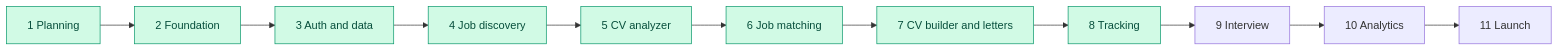
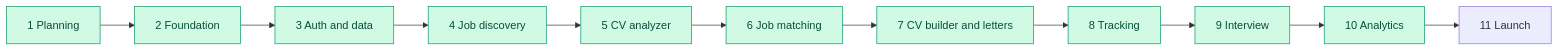
The diagram in docs/07-roadmap.md (kgiannopoulou/JOB-HOUNT-RUN-BY-CLAUDE-CODE), drawn with Mermaid before and after one commit. The commit also changed other lines of this file and 70 other files, not shown here.

First line of the commit message:
Add interview preparation, analytics and notifications

````diff
--- a/docs/07-roadmap.md
+++ b/docs/07-roadmap.md
@@ -5,7 +5,7 @@
 ```mermaid
 flowchart LR
     P1[1 Planning]:::done --> P2[2 Foundation]:::done --> P3[3 Auth and data]:::done --> P4[4 Job discovery]:::done --> P5[5 CV analyzer]:::done
     P5 --> P6[6 Job matching]:::done --> P7[7 CV builder and letters]:::done
-    P7 --> P8[8 Tracking]:::done --> P9[9 Interview] --> P10[10 Analytics] --> P11[11 Launch]
+    P7 --> P8[8 Tracking]:::done --> P9[9 Interview]:::done --> P10[10 Analytics]:::done --> P11[11 Launch]
     classDef done fill:#d1fae5,stroke:#059669,color:#064e3b
 ```
````
